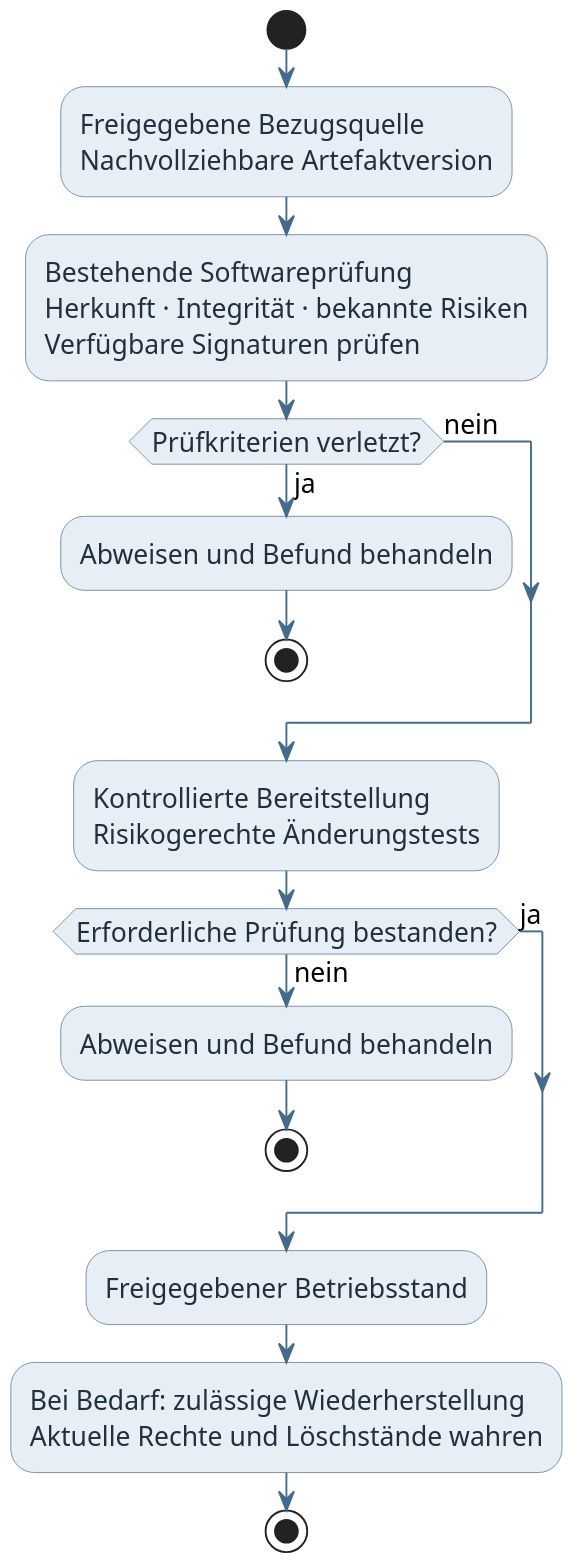
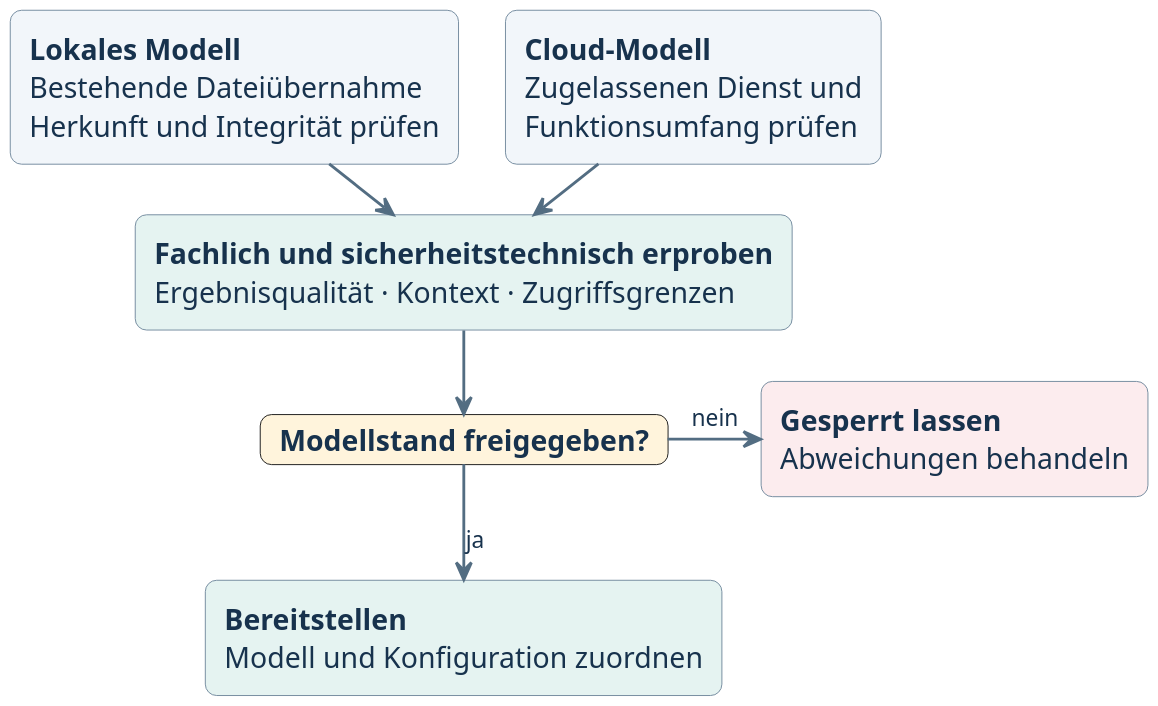
One commit to adrianweidig/allgemeines-ki-it-sicherheitskonzept changed the diagram in diagramme/artefaktimport.puml. Above: the diagram before and after it, drawn with PlantUML. The commit also changed 49 other files, not shown here.

Commit message:
Referenz 0.3.0 mit Air-Gap- und Cloud-Szenarien erstellen

```diff
--- a/diagramme/artefaktimport.puml
+++ b/diagramme/artefaktimport.puml
@@ -1,35 +1,33 @@
 @startuml
 skinparam dpi 180
 skinparam backgroundColor #FFFFFF
 skinparam shadowing false
 skinparam defaultFontName Arial
-skinparam defaultFontSize 14
-skinparam ArrowColor #446B8C
-skinparam activity {
-  BackgroundColor #E8EEF5
-  BorderColor #7890A5
-  FontColor #203040
+skinparam defaultFontSize 15
+skinparam defaultFontColor #17324D
+skinparam ArrowColor #536D82
+skinparam ArrowFontSize 12
+skinparam ArrowThickness 1.5
+skinparam roundCorner 12
+skinparam nodesep 24
+skinparam ranksep 26
+skinparam rectangle {
+  BackgroundColor #F2F6FA
+  BorderColor #738A9E
 }
-skinparam rectangle {
-  BackgroundColor #E8EEF5
-  BorderColor #7890A5
-  FontColor #203040
+skinparam package {
+  BackgroundColor #F7FAFC
+  BorderColor #738A9E
 }
-start
-:Freigegebene Bezugsquelle\nNachvollziehbare Artefaktversion;
-:Bestehende Softwareprüfung\nHerkunft · Integrität · bekannte Risiken\nVerfügbare Signaturen prüfen;
-if (Prüfkriterien verletzt?) then (ja)
-  :Abweisen und Befund behandeln;
-  stop
-else (nein)
-endif
-:Kontrollierte Bereitstellung\nRisikogerechte Änderungstests;
-if (Erforderliche Prüfung bestanden?) then (nein)
-  :Abweisen und Befund behandeln;
-  stop
-else (ja)
-endif
-:Freigegebener Betriebsstand;
-:Bei Bedarf: zulässige Wiederherstellung\nAktuelle Rechte und Löschstände wahren;
-stop
+rectangle "<b>Lokales Modell</b>\nBestehende Dateiübernahme\nHerkunft und Integrität prüfen" as lokal
+rectangle "<b>Cloud-Modell</b>\nZugelassenen Dienst und\nFunktionsumfang prüfen" as cloud
+rectangle "<b>Fachlich und sicherheitstechnisch erproben</b>\nErgebnisqualität · Kontext · Zugriffsgrenzen" as test #E5F3F1
+card "<b>Modellstand freigegeben?</b>" as freigabe #FFF4DC
+rectangle "<b>Bereitstellen</b>\nModell und Konfiguration zuordnen" as betrieb #E5F3F1
+rectangle "<b>Gesperrt lassen</b>\nAbweichungen behandeln" as sperre #FCECEE
+lokal -down-> test
+cloud -down-> test
+test -down-> freigabe
+freigabe -down-> betrieb : ja
+freigabe -right-> sperre : nein
 @enduml
```
